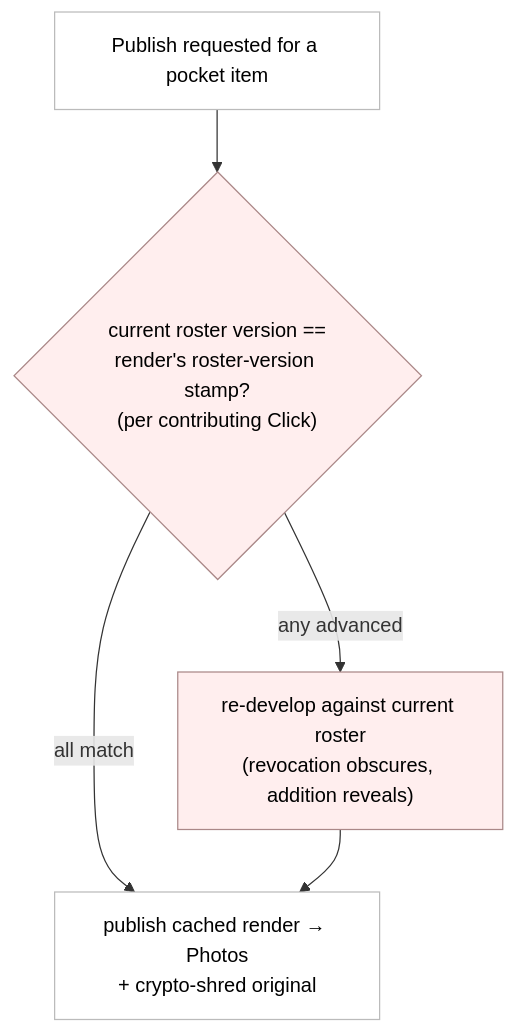
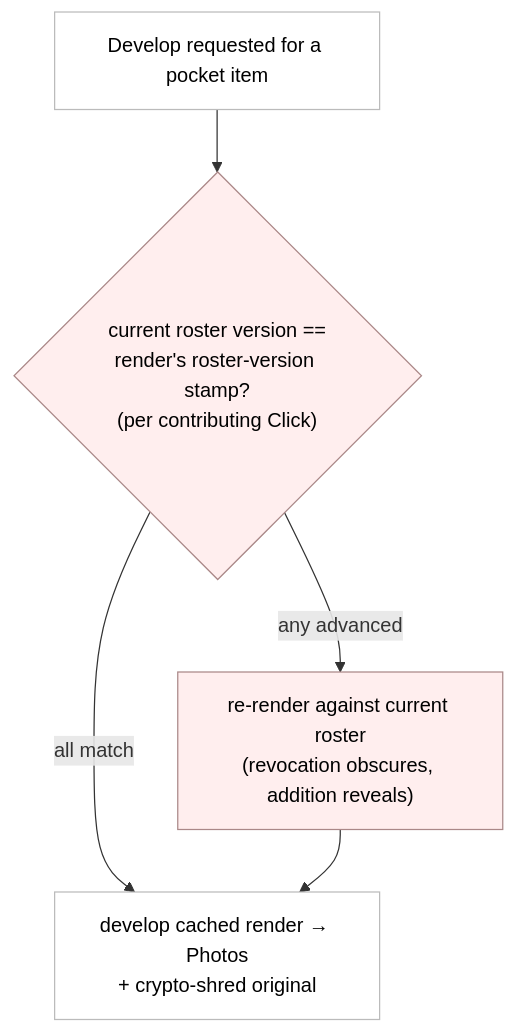
Before and after one commit to carlheinmostert/myclick-protocol: the ninth of 10 diagrams in PROTOCOL.md, drawn with Mermaid. The commit also changed other lines of this file, not shown here.

First line of the commit message:
protocol(§8): terminology — render (on-device) vs develop (into Photos) vs publish (Stream)

````diff
--- a/PROTOCOL.md
+++ b/PROTOCOL.md
@@ -1075,12 +1075,12 @@
 ```mermaid
 flowchart TB
-    P["Publish requested for a pocket item"] --> C{"current roster version ==<br/>render's roster-version stamp?<br/>(per contributing Click)"}
-    C -->|all match| W["publish cached render → Photos<br/>+ crypto-shred original"]
-    C -->|any advanced| RD["re-develop against current roster<br/>(revocation obscures, addition reveals)"]
+    P["Develop requested for a pocket item"] --> C{"current roster version ==<br/>render's roster-version stamp?<br/>(per contributing Click)"}
+    C -->|all match| W["develop cached render → Photos<br/>+ crypto-shred original"]
+    C -->|any advanced| RD["re-render against current roster<br/>(revocation obscures, addition reveals)"]
     RD --> W
 
     classDef plain fill:#fff,stroke:#bbb,color:#000;
     classDef disk fill:#fee,stroke:#a88,color:#000;
     class P,W plain;
     class C,RD disk;
 ```
````
